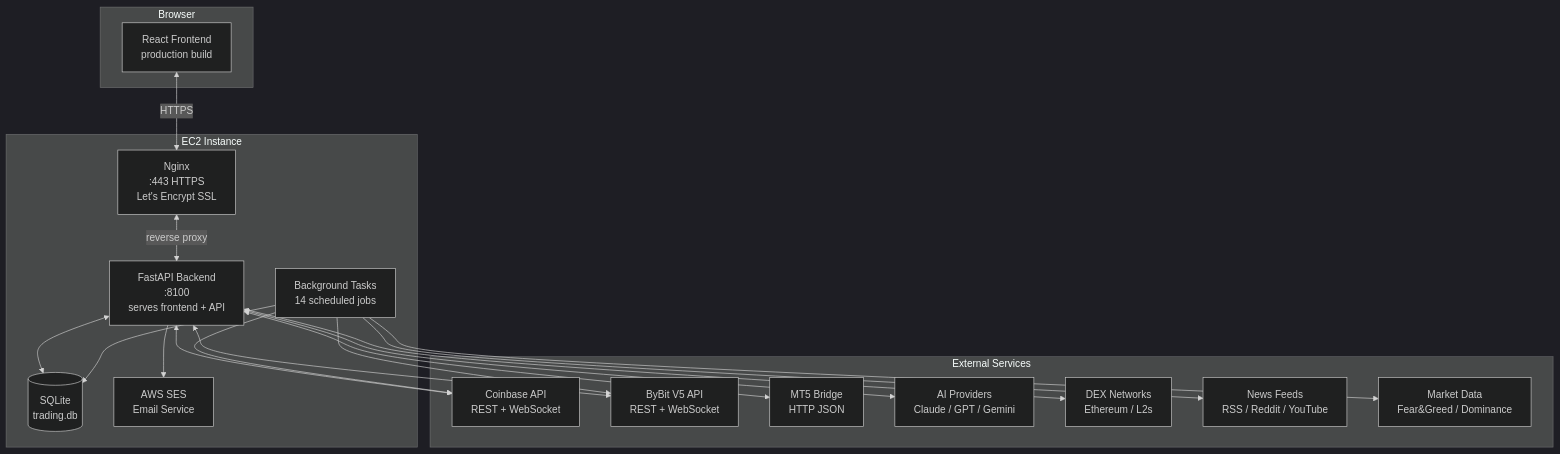
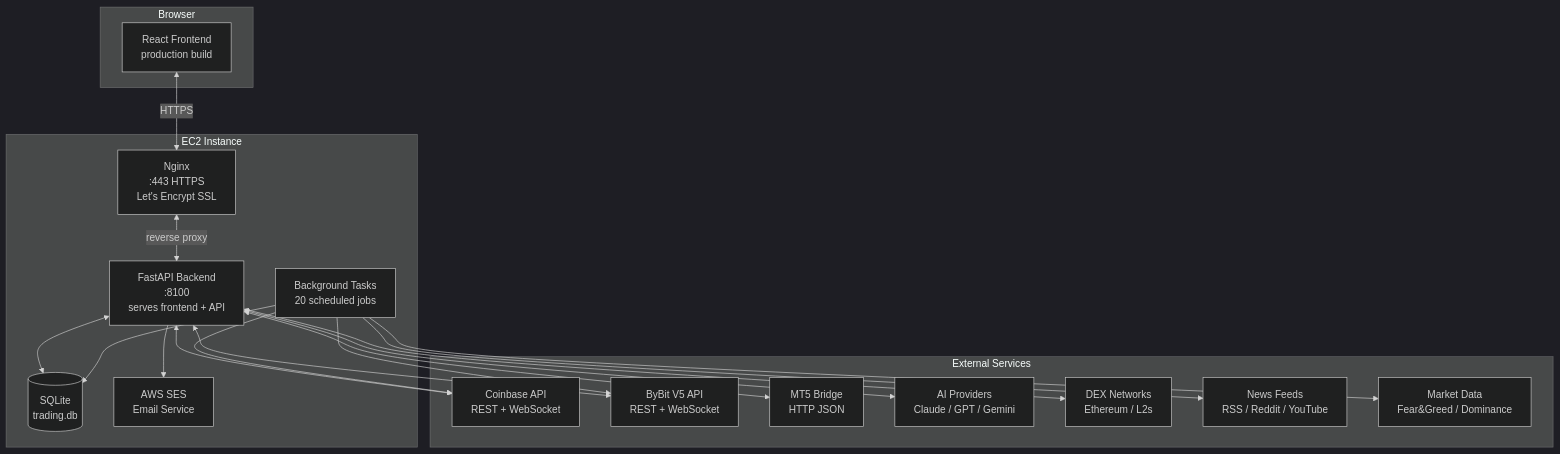
Before and after one commit to lromero74/ZenithGrid: the first of 5 diagrams in docs/ARCHITECTURE.md, drawn with Mermaid (dark theme). The commit also changed other lines of this file and 1 other file, not shown here.

First line of the commit message:
Update architecture docs with all missing modules, services, and migrations

````diff
--- a/docs/ARCHITECTURE.md
+++ b/docs/ARCHITECTURE.md
@@ -31,39 +31,39 @@
 ```mermaid
 graph TB
     subgraph Browser
         FE[React Frontend<br/>production build]
     end
 
     subgraph "EC2 Instance"
         NGX[Nginx<br/>:443 HTTPS<br/>Let's Encrypt SSL]
         BE[FastAPI Backend<br/>:8100<br/>serves frontend + API]
         DB[(SQLite<br/>trading.db)]
-        BG[Background Tasks<br/>14 scheduled jobs]
+        BG[Background Tasks<br/>20 scheduled jobs]
         SES[AWS SES<br/>Email Service]
     end
 
     subgraph "External Services"
         CB[Coinbase API<br/>REST + WebSocket]
         BB[ByBit V5 API<br/>REST + WebSocket]
         MT5[MT5 Bridge<br/>HTTP JSON]
         AI[AI Providers<br/>Claude / GPT / Gemini]
         DEX[DEX Networks<br/>Ethereum / L2s]
         NEWS[News Feeds<br/>RSS / Reddit / YouTube]
         MKT[Market Data<br/>Fear&Greed / Dominance]
     end
 
     FE <-->|HTTPS| NGX
     NGX <-->|reverse proxy| BE
     BE <--> DB
     BG --> DB
     BE <--> CB
     BE <--> BB
     BE <--> MT5
     BE <--> AI
     BE <--> DEX
     BG --> NEWS
     BG --> MKT
     BG --> CB
     BG --> BB
     BE --> SES
 ```
````
